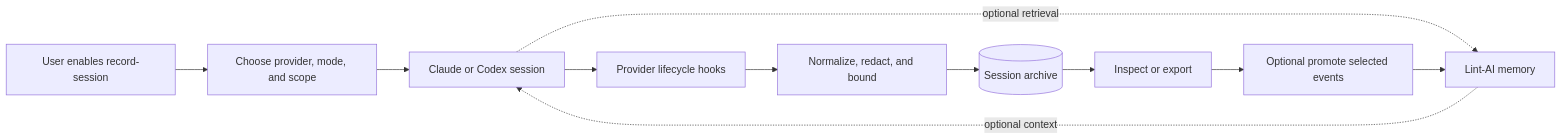
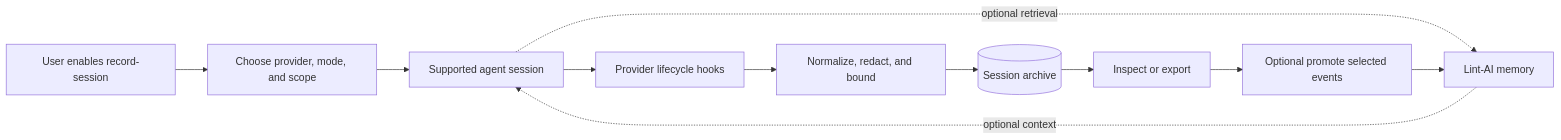
The diagram in docs/session-recording-design.md (RooAGI/Lint-AI), drawn with Mermaid before and after one commit. The commit also changed other lines of this file and 34 other files, not shown here.

````diff
--- a/docs/session-recording-design.md
+++ b/docs/session-recording-design.md
@@ -81,13 +83,13 @@
 ```mermaid
 flowchart LR
     U[User enables record-session] --> C[Choose provider, mode, and scope]
-    C --> S[Claude or Codex session]
+    C --> S[Supported agent session]
     S --> H[Provider lifecycle hooks]
     H --> R[Normalize, redact, and bound]
     R --> A[(Session archive)]
     S -. optional retrieval .-> M[Lint-AI memory]
     M -. optional context .-> S
     A --> I[Inspect or export]
     I --> P[Optional promote selected events]
     P --> M
 ```
````
